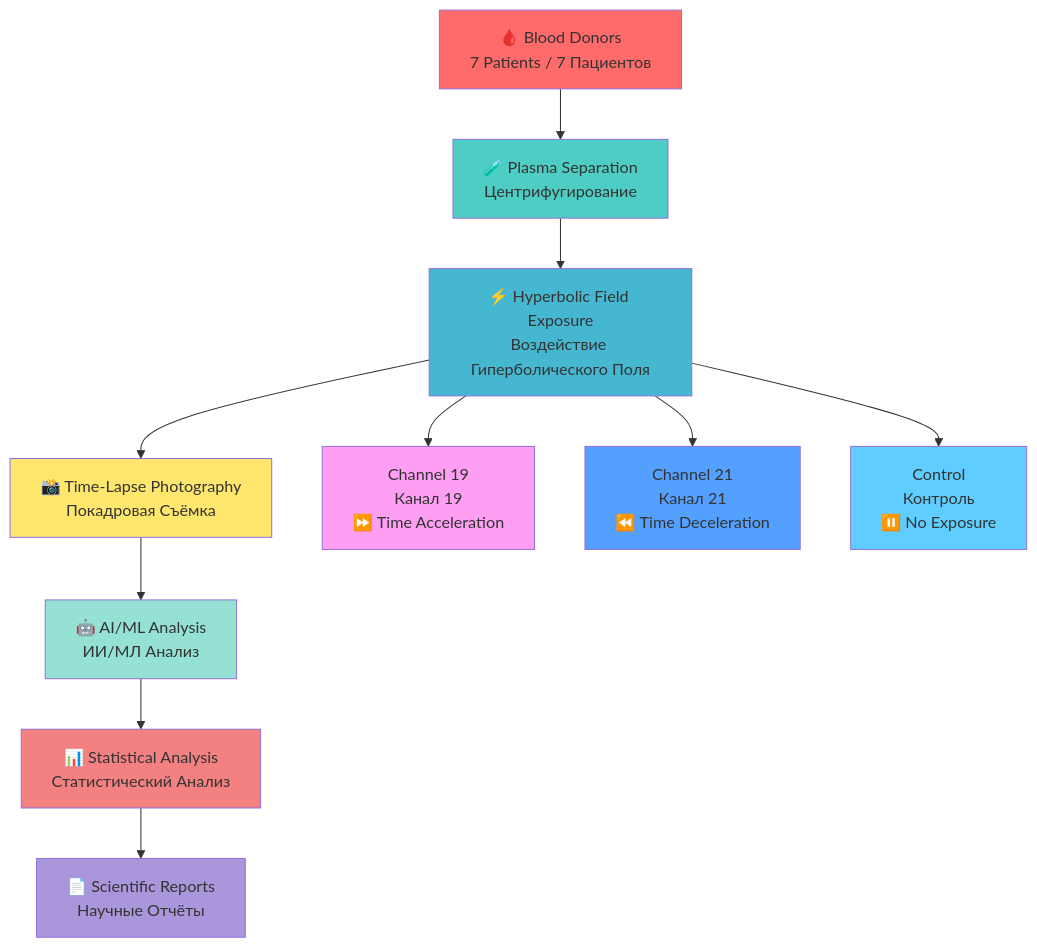
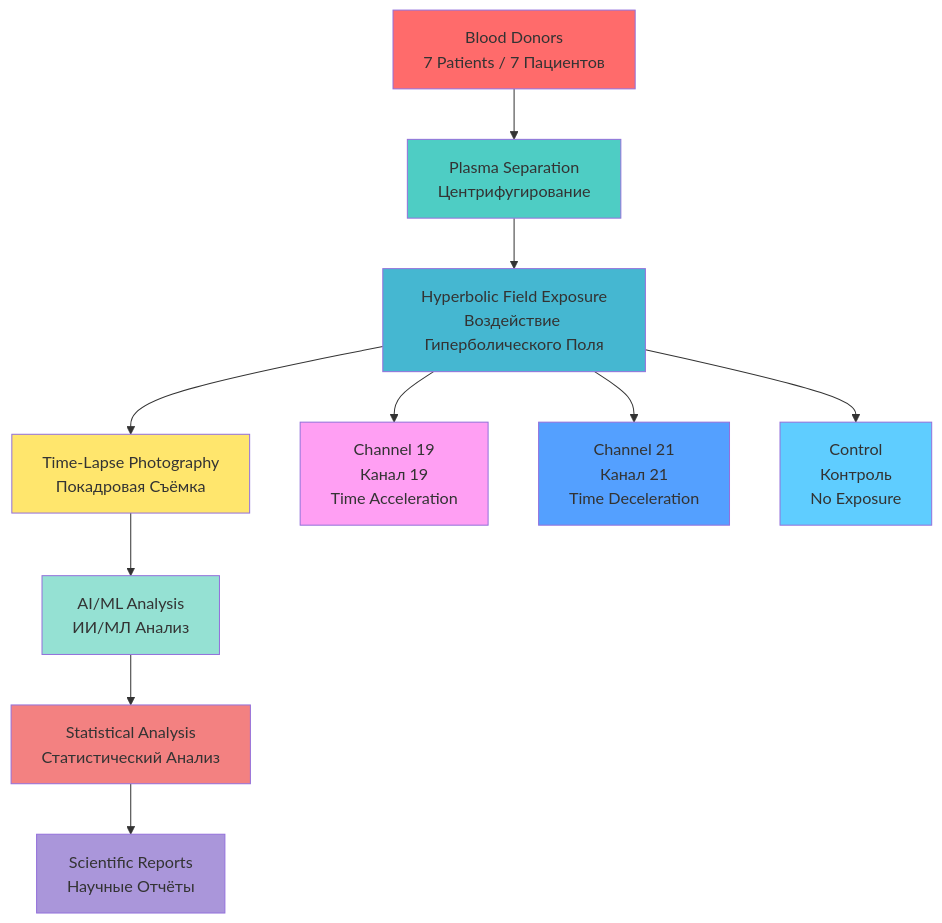
One commit to AdvancedScientificResearchProjects/Hyperbolic_Field_BloodPlasma_Study changed the first of 6 diagrams in ADVANCED_SCIENTIFIC_RESEARCH_PROJECTS/Hyperbolic_Field_BloodPlasma_Study/README.md. Above: the diagram before and after it, drawn with Mermaid. The commit also changed other lines of this file and 46 other files, not shown here.

````diff
--- a/ADVANCED_SCIENTIFIC_RESEARCH_PROJECTS/Hyperbolic_Field_BloodPlasma_Study/README.md
+++ b/ADVANCED_SCIENTIFIC_RESEARCH_PROJECTS/Hyperbolic_Field_BloodPlasma_Study/README.md
@@ -22,24 +22,24 @@
 ```mermaid
 flowchart TB
-    A[🩸 Blood Donors<br/>7 Patients / 7 Пациентов] --> B[🧪 Plasma Separation<br/>Центрифугирование]
-    B --> C[⚡ Hyperbolic Field Exposure<br/>Воздействие Гиперболического Поля]
-    C --> D[📸 Time-Lapse Photography<br/>Покадровая Съёмка]
-    D --> E[🤖 AI/ML Analysis<br/>ИИ/МЛ Анализ]
-    E --> F[📊 Statistical Analysis<br/>Статистический Анализ]
-    F --> G[📄 Scientific Reports<br/>Научные Отчёты]
+    A[ Blood Donors<br/>7 Patients / 7 Пациентов] --> B[ Plasma Separation<br/>Центрифугирование]
+    B --> C[ Hyperbolic Field Exposure<br/>Воздействие Гиперболического Поля]
+    C --> D[ Time-Lapse Photography<br/>Покадровая Съёмка]
+    D --> E[ AI/ML Analysis<br/>ИИ/МЛ Анализ]
+    E --> F[ Statistical Analysis<br/>Статистический Анализ]
+    F --> G[ Scientific Reports<br/>Научные Отчёты]
     
-    C --> C1[Channel 19<br/>Канал 19<br/>⏩ Time Acceleration]
-    C --> C2[Channel 21<br/>Канал 21<br/>⏪ Time Deceleration]
-    C --> C3[Control<br/>Контроль<br/>⏸️ No Exposure]
+    C --> C1[Channel 19<br/>Канал 19<br/> Time Acceleration]
+    C --> C2[Channel 21<br/>Канал 21<br/> Time Deceleration]
+    C --> C3[Control<br/>Контроль<br/> No Exposure]
     
     style A fill:#ff6b6b
     style B fill:#4ecdc4
     style C fill:#45b7d1
     style D fill:#ffe66d
     style E fill:#95e1d3
     style F fill:#f38181
     style G fill:#aa96da
     style C1 fill:#ff9ff3
     style C2 fill:#54a0ff
     style C3 fill:#5fcdff
 ```
````
